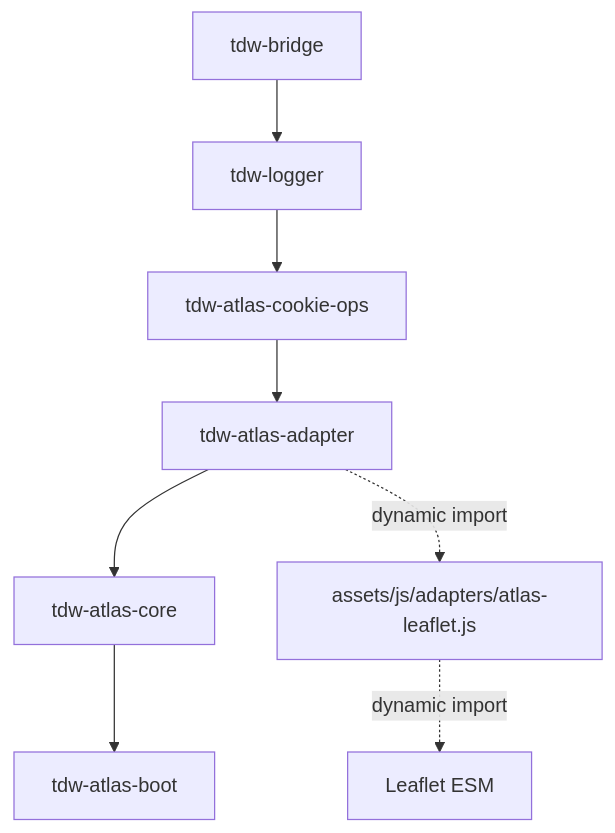
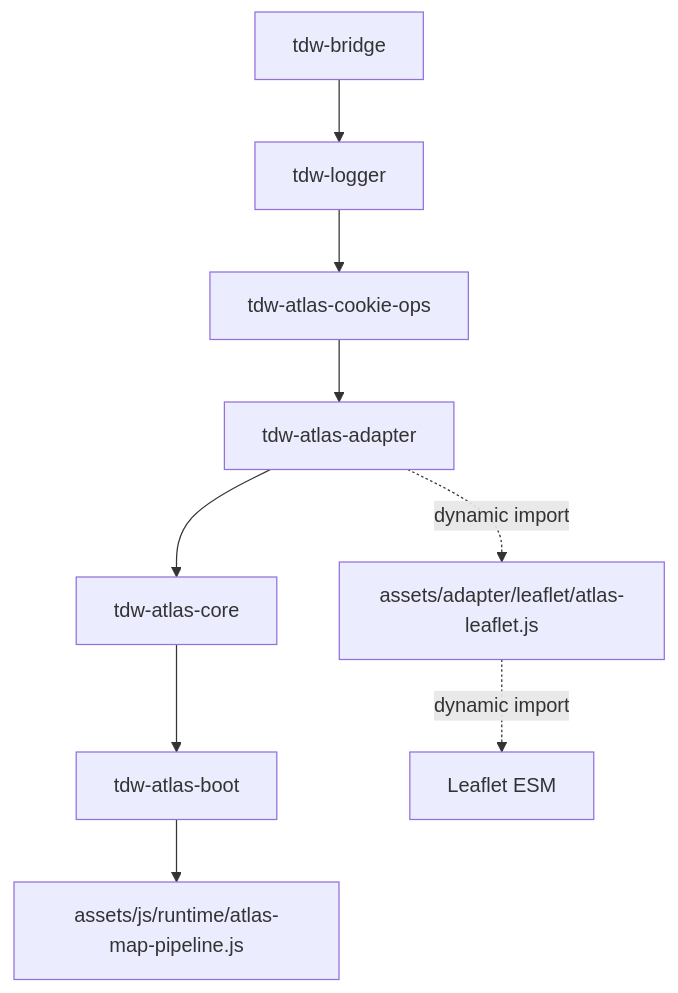
Before and after one commit to Exc3pti0n123/tdw-atlas-engine: the diagram in docs/diagrams/module-dependencies.md, drawn with Mermaid. The commit also changed 55 other files, not shown here.

First line of the commit message:
feat(atlas): release v0.2.0-alpha with DB-first runtime, pipeline preprocessing, and hybrid interaction flow

````diff
--- a/docs/diagrams/module-dependencies.md
+++ b/docs/diagrams/module-dependencies.md
@@ -3,10 +3,11 @@
 ```mermaid
 flowchart TD
   M1["tdw-bridge"] --> M2["tdw-logger"]
   M2 --> M3["tdw-atlas-cookie-ops"]
   M3 --> M4["tdw-atlas-adapter"]
   M4 --> M5["tdw-atlas-core"]
   M5 --> M6["tdw-atlas-boot"]
-  M4 -."dynamic import".-> A1["assets/js/adapters/atlas-leaflet.js"]
+  M6 --> P1["assets/js/runtime/atlas-map-pipeline.js"]
+  M4 -."dynamic import".-> A1["assets/adapter/leaflet/atlas-leaflet.js"]
   A1 -."dynamic import".-> V1["Leaflet ESM"]
 ```
````
